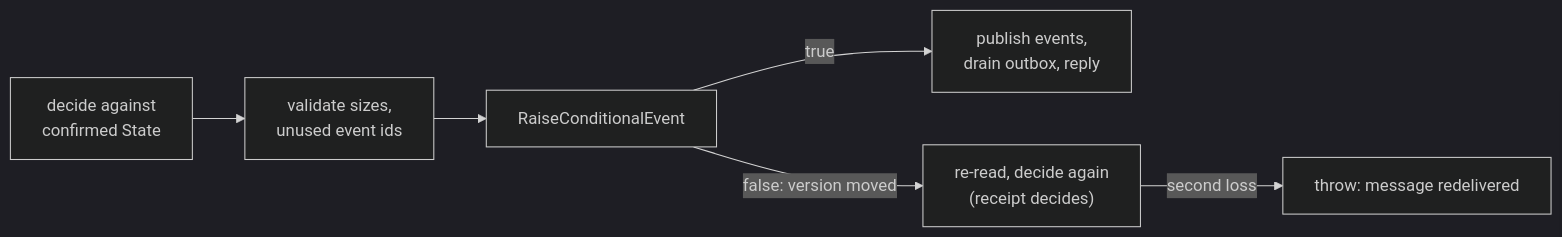
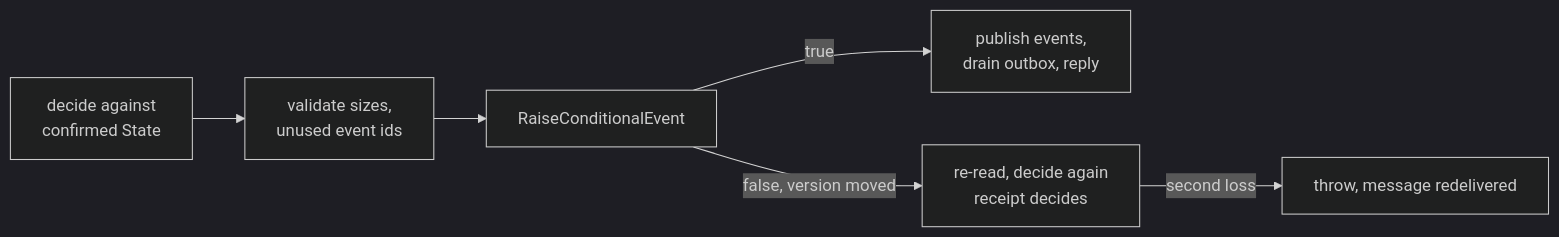
One commit to katasec/mission-control-language changed the fourth of 23 diagrams in docs/design/how-conversations-work.md. Above: the diagram before and after it, drawn with Mermaid (dark theme). The commit also changed other lines of this file and 2 other files, not shown here.

````diff
--- a/docs/design/how-conversations-work.md
+++ b/docs/design/how-conversations-work.md
@@ -126,8 +145,8 @@
 ```mermaid
 flowchart LR
   D["decide against<br/>confirmed State"] --> V["validate sizes,<br/>unused event ids"]
   V --> RC["RaiseConditionalEvent"]
-  RC -->|true| PUB["publish events,<br/>drain outbox, reply"]
-  RC -->|"false: version moved"| D2["re-read, decide again<br/>(receipt decides)"]
-  D2 -->|"second loss"| X["throw: message redelivered"]
+  RC -->|"true"| PUB["publish events,<br/>drain outbox, reply"]
+  RC -->|"false, version moved"| D2["re-read, decide again<br/>receipt decides"]
+  D2 -->|"second loss"| X["throw, message redelivered"]
 ```
````
